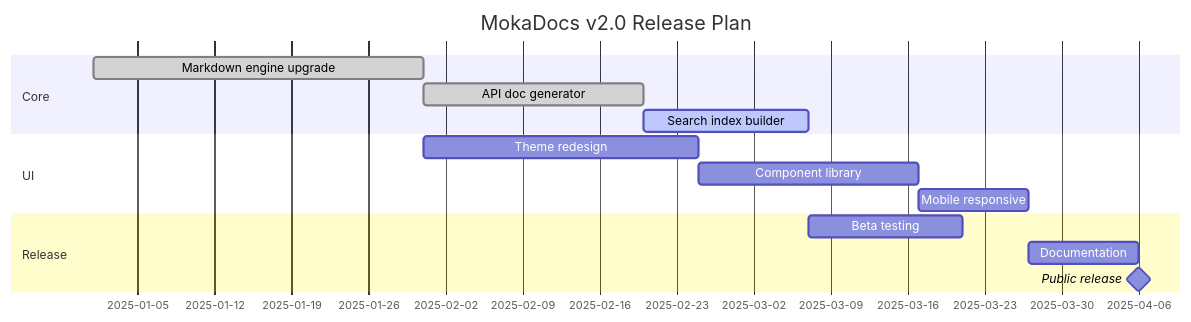
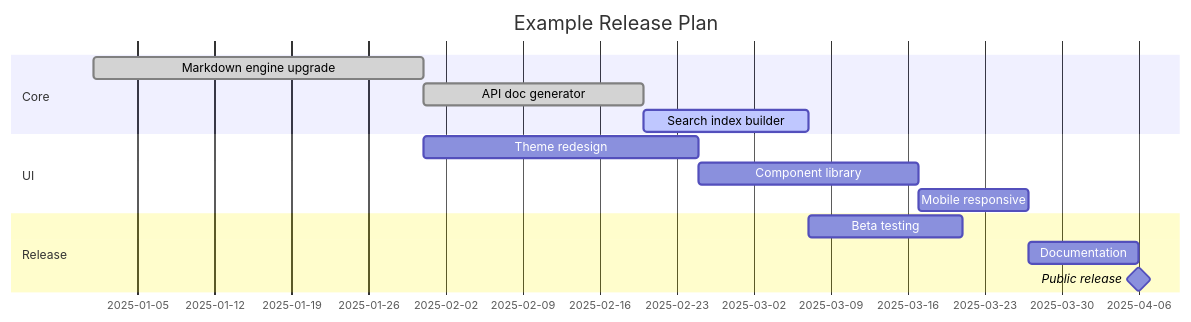
One commit to jacobwi/Moka.Docs changed the seventh of 11 diagrams in docs/guide/diagrams.md. Above: the diagram before and after it, drawn with Mermaid. The commit also changed other lines of this file and 123 other files, not shown here.

````diff
--- a/docs/guide/diagrams.md
+++ b/docs/guide/diagrams.md
@@ -343,17 +345,17 @@
 ```mermaid
 gantt
-    title MokaDocs v2.0 Release Plan
+    title Example Release Plan
     dateFormat YYYY-MM-DD
     section Core
         Markdown engine upgrade  :done, core1, 2025-01-01, 30d
         API doc generator        :done, core2, after core1, 20d
         Search index builder     :active, core3, after core2, 15d
     section UI
         Theme redesign           :ui1, after core1, 25d
         Component library        :ui2, after ui1, 20d
         Mobile responsive        :ui3, after ui2, 10d
     section Release
         Beta testing             :rel1, after core3, 14d
         Documentation            :rel2, after ui3, 10d
         Public release           :milestone, rel3, after rel2, 0d
 ```
````
